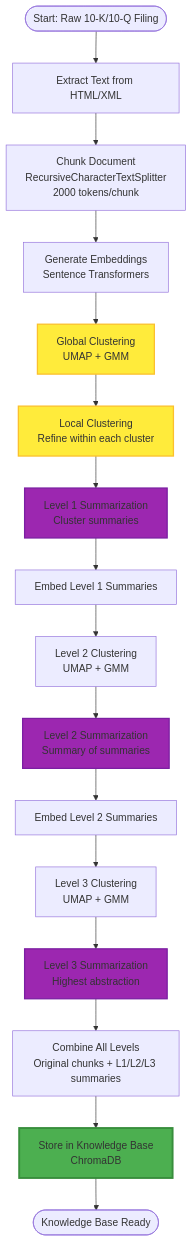
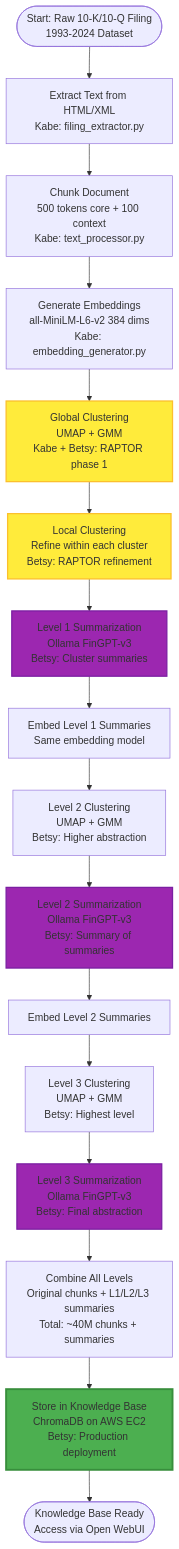
The diagram in notebooks/diagrams/raptor_pipeline.mmd (kibbbles/edgar_anomaly_detection), drawn with Mermaid before and after one commit. The commit also changed 5 other files, not shown here.

First line of the commit message:
Update diagrams to reflect production AWS EC2 deployment

```diff
--- a/notebooks/diagrams/raptor_pipeline.mmd
+++ b/notebooks/diagrams/raptor_pipeline.mmd
@@ -1,28 +1,28 @@
 flowchart TD
-    Start([Start: Raw 10-K/10-Q Filing]) --> Extract[Extract Text from HTML/XML]
-    Extract --> Chunk[Chunk Document<br/>RecursiveCharacterTextSplitter<br/>2000 tokens/chunk]
-    Chunk --> Embed1[Generate Embeddings<br/>Sentence Transformers]
+    Start([Start: Raw 10-K/10-Q Filing<br/>1993-2024 Dataset]) --> Extract[Extract Text from HTML/XML<br/>Kabe: filing_extractor.py]
+    Extract --> Chunk[Chunk Document<br/>500 tokens core + 100 context<br/>Kabe: text_processor.py]
+    Chunk --> Embed1[Generate Embeddings<br/>all-MiniLM-L6-v2 384 dims<br/>Kabe: embedding_generator.py]
 
-    Embed1 --> GlobalCluster[Global Clustering<br/>UMAP + GMM]
-    GlobalCluster --> LocalCluster[Local Clustering<br/>Refine within each cluster]
+    Embed1 --> GlobalCluster[Global Clustering<br/>UMAP + GMM<br/>Kabe + Betsy: RAPTOR phase 1]
+    GlobalCluster --> LocalCluster[Local Clustering<br/>Refine within each cluster<br/>Betsy: RAPTOR refinement]
 
-    LocalCluster --> Summarize1[Level 1 Summarization<br/>Cluster summaries]
-    Summarize1 --> Embed2[Embed Level 1 Summaries]
+    LocalCluster --> Summarize1[Level 1 Summarization<br/>Ollama FinGPT-v3<br/>Betsy: Cluster summaries]
+    Summarize1 --> Embed2[Embed Level 1 Summaries<br/>Same embedding model]
 
-    Embed2 --> Cluster2[Level 2 Clustering<br/>UMAP + GMM]
-    Cluster2 --> Summarize2[Level 2 Summarization<br/>Summary of summaries]
+    Embed2 --> Cluster2[Level 2 Clustering<br/>UMAP + GMM<br/>Betsy: Higher abstraction]
+    Cluster2 --> Summarize2[Level 2 Summarization<br/>Ollama FinGPT-v3<br/>Betsy: Summary of summaries]
 
     Summarize2 --> Embed3[Embed Level 2 Summaries]
-    Embed3 --> Cluster3[Level 3 Clustering<br/>UMAP + GMM]
-    Cluster3 --> Summarize3[Level 3 Summarization<br/>Highest abstraction]
+    Embed3 --> Cluster3[Level 3 Clustering<br/>UMAP + GMM<br/>Betsy: Highest level]
+    Cluster3 --> Summarize3[Level 3 Summarization<br/>Ollama FinGPT-v3<br/>Betsy: Final abstraction]
 
-    Summarize3 --> Combine[Combine All Levels<br/>Original chunks + L1/L2/L3 summaries]
-    Combine --> Store[Store in Knowledge Base<br/>ChromaDB]
-    Store --> End([Knowledge Base Ready])
+    Summarize3 --> Combine[Combine All Levels<br/>Original chunks + L1/L2/L3 summaries<br/>Total: ~40M chunks + summaries]
+    Combine --> Store[Store in Knowledge Base<br/>ChromaDB on AWS EC2<br/>Betsy: Production deployment]
+    Store --> End([Knowledge Base Ready<br/>Access via Open WebUI])
 
     style GlobalCluster fill:#ffeb3b,stroke:#fbc02d,stroke-width:2px
     style LocalCluster fill:#ffeb3b,stroke:#fbc02d,stroke-width:2px
     style Summarize1 fill:#9c27b0,stroke:#7b1fa2,stroke-width:2px
     style Summarize2 fill:#9c27b0,stroke:#7b1fa2,stroke-width:2px
     style Summarize3 fill:#9c27b0,stroke:#7b1fa2,stroke-width:2px
     style Store fill:#4caf50,stroke:#388e3c,stroke-width:3px
```
